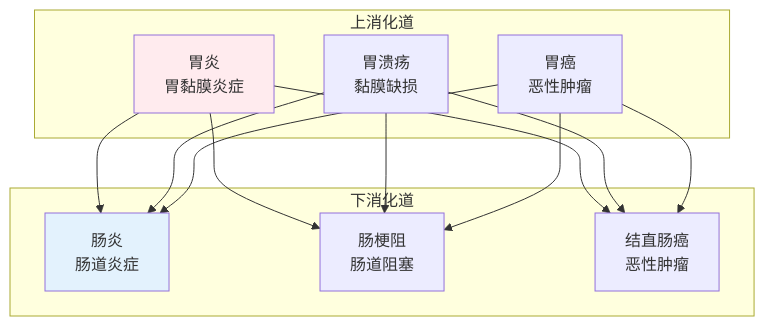
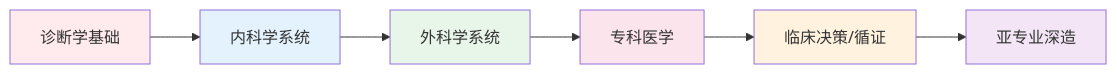
The fourth of 4 diagrams in content/health/clinical-medicine/index.md (wxyClark/wxyClark.github.io), drawn with Mermaid before and after one commit. The commit also changed other lines of this file and 11 other files, not shown here.

````diff
--- a/content/health/clinical-medicine/index.md
+++ b/content/health/clinical-medicine/index.md
@@ -122,18 +227,15 @@
 ```mermaid
-graph TB
-    subgraph 上消化道
-        A1[胃炎<br/>胃黏膜炎症]
-        A2[胃溃疡<br/>黏膜缺损]
-        A3[胃癌<br/>恶性肿瘤]
-    end    
-    subgraph 下消化道
-        B1[肠炎<br/>肠道炎症]
-        B2[肠梗阻<br/>肠道阻塞]
-        B3[结直肠癌<br/>恶性肿瘤]
-    end
+graph LR
+    A[诊断学基础] --> B[内科学系统]
+    B --> C[外科学系统]
+    C --> D[专科医学]
+    D --> E[临床决策/循证]
+    E --> F[亚专业深造]
     
-    A1 & A2 & A3 --> B1 & B2 & B3
-    
-    style A1 fill:#ffebee
-    style B1 fill:#e3f2fd
+    style A fill:#ffebee
+    style B fill:#e3f2fd
+    style C fill:#e8f5e9
+    style D fill:#fce4ec
+    style E fill:#fff3e0
+    style F fill:#f3e5f5
 ```
````
